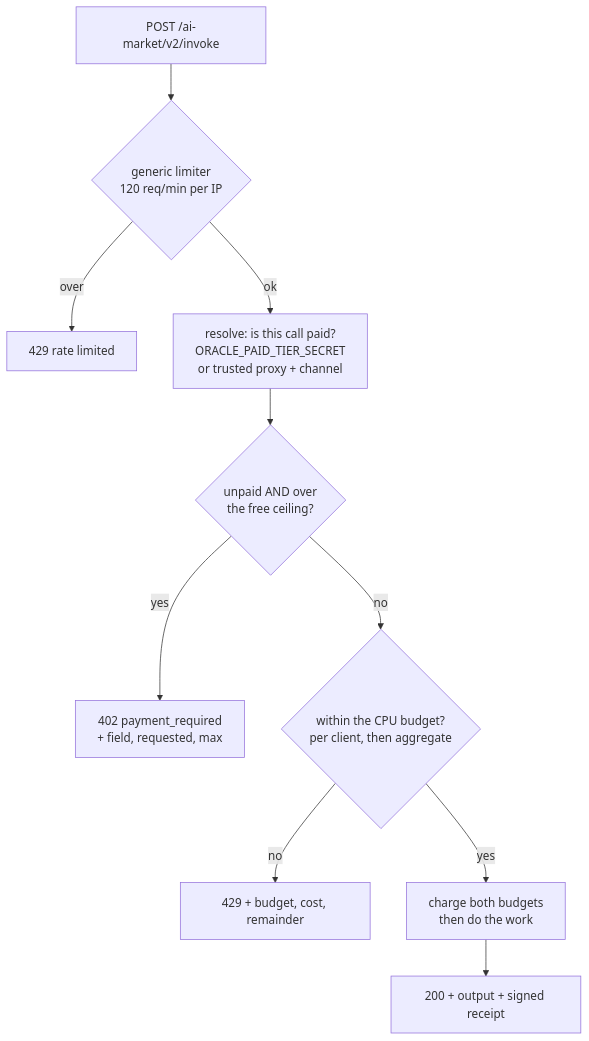
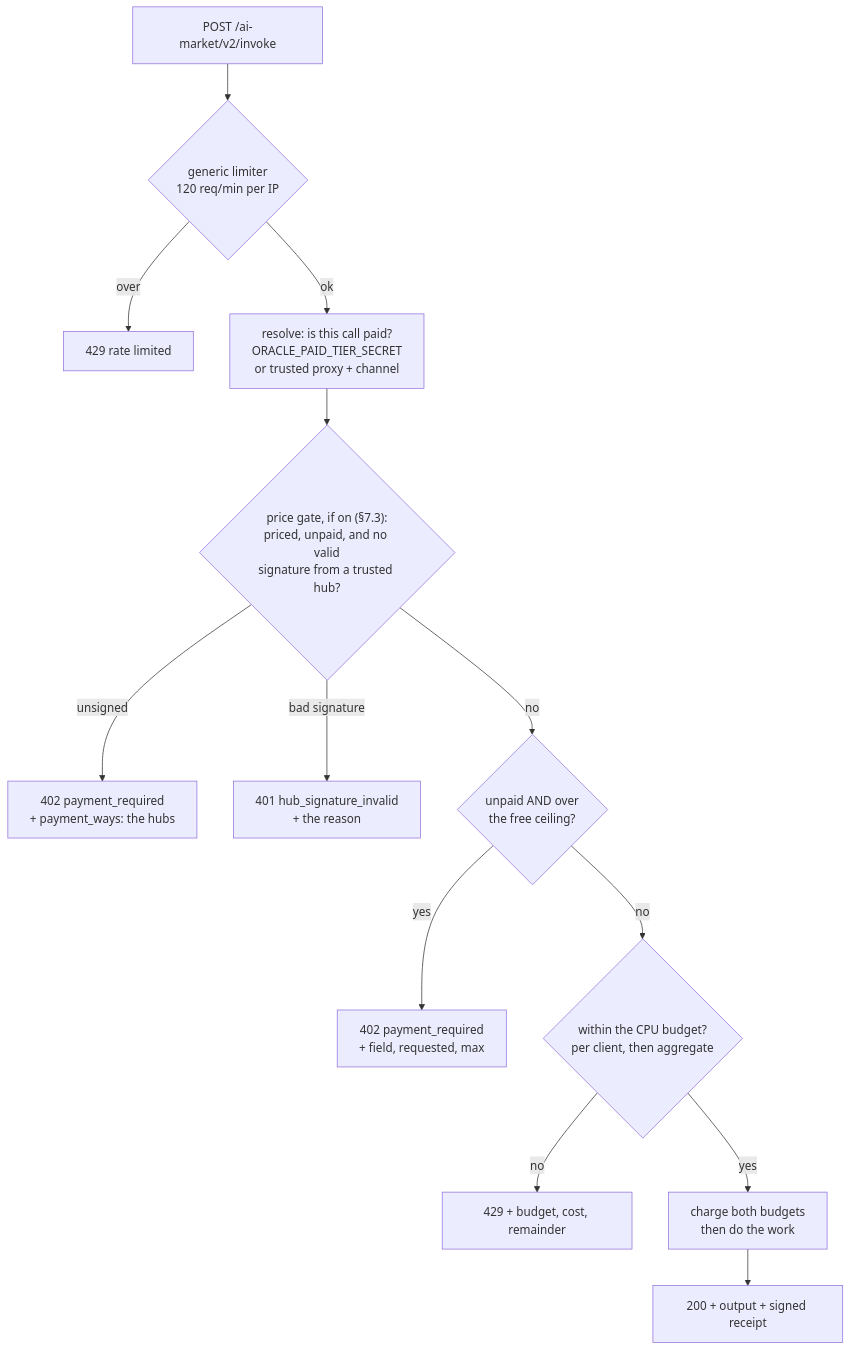
Before and after one commit to alexar76/aicom: the second of 4 diagrams in docs/free-and-paid-tiers.md, drawn with Mermaid. The commit also changed other lines of this file and 496 other files, not shown here.

````diff
--- a/docs/free-and-paid-tiers.md
+++ b/docs/free-and-paid-tiers.md
@@ -168,12 +168,15 @@
 ```mermaid
 flowchart TD
     R["POST /ai-market/v2/invoke"] --> G{"generic limiter<br/>120 req/min per IP"}
     G -->|over| G429["429 rate limited"]
     G -->|ok| P["resolve: is this call paid?<br/>ORACLE_PAID_TIER_SECRET<br/>or trusted proxy + channel"]
-    P --> F{"unpaid AND over<br/>the free ceiling?"}
+    P --> H{"price gate, if on (§7.3):<br/>priced, unpaid, and no valid<br/>signature from a trusted hub?"}
+    H -->|unsigned| H402["402 payment_required<br/>+ payment_ways: the hubs"]
+    H -->|bad signature| H401["401 hub_signature_invalid<br/>+ the reason"]
+    H -->|no| F{"unpaid AND over<br/>the free ceiling?"}
     F -->|yes| F402["402 payment_required<br/>+ field, requested, max"]
     F -->|no| B{"within the CPU budget?<br/>per client, then aggregate"}
     B -->|no| B429["429 + budget, cost, remainder"]
     B -->|yes| W["charge both budgets<br/>then do the work"]
     W --> OK["200 + output + signed receipt"]
 ```
````
